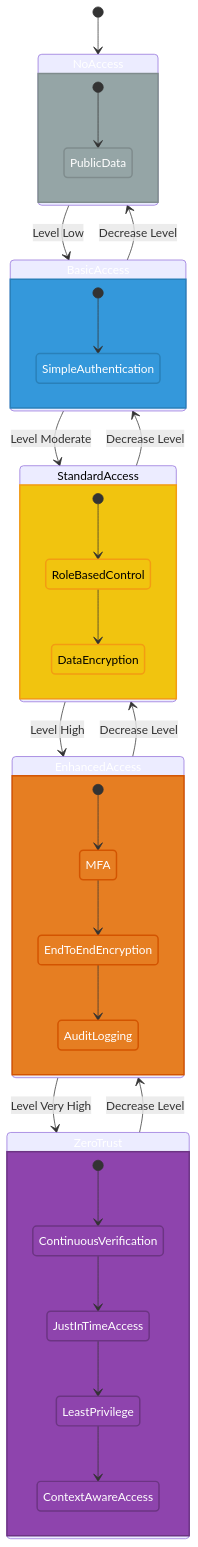
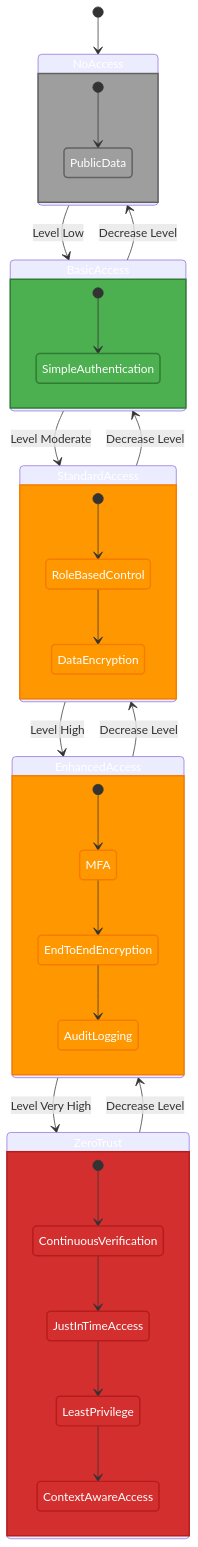
The seventh of 11 diagrams in docs/architecture/STATEDIAGRAM.md (step-security-bot/cia-compliance-manager), drawn with Mermaid before and after one commit. The commit also changed other lines of this file and 27 other files, not shown here.

First line of the commit message:
fix: resolve broken mermaid diagrams and improve color coding to match ISMS style guide (#1106)

````diff
--- a/docs/architecture/STATEDIAGRAM.md
+++ b/docs/architecture/STATEDIAGRAM.md
@@ -654,52 +654,52 @@
 ```mermaid
 stateDiagram-v2
     [*] --> NoAccess
     
     NoAccess --> BasicAccess: Level Low
     BasicAccess --> StandardAccess: Level Moderate
     StandardAccess --> EnhancedAccess: Level High
     EnhancedAccess --> ZeroTrust: Level Very High
     
     ZeroTrust --> EnhancedAccess: Decrease Level
     EnhancedAccess --> StandardAccess: Decrease Level
     StandardAccess --> BasicAccess: Decrease Level
     BasicAccess --> NoAccess: Decrease Level
     
     state NoAccess {
         [*] --> PublicData
     }
     
     state BasicAccess {
         [*] --> SimpleAuthentication
     }
     
     state StandardAccess {
         [*] --> RoleBasedControl
         RoleBasedControl --> DataEncryption
     }
     
     state EnhancedAccess {
         [*] --> MFA
         MFA --> EndToEndEncryption
         EndToEndEncryption --> AuditLogging
     }
     
     state ZeroTrust {
         [*] --> ContinuousVerification
         ContinuousVerification --> JustInTimeAccess
         JustInTimeAccess --> LeastPrivilege
         LeastPrivilege --> ContextAwareAccess
     }
     
-    classDef none fill:#95a5a6,stroke:#7f8c8d,stroke-width:2px,color:white
-    classDef low fill:#3498db,stroke:#2980b9,stroke-width:2px,color:white
-    classDef moderate fill:#f1c40f,stroke:#f39c12,stroke-width:2px,color:black
-    classDef high fill:#e67e22,stroke:#d35400,stroke-width:2px,color:white
-    classDef veryhigh fill:#8e44ad,stroke:#6c3483,stroke-width:2px,color:white
+    classDef none fill:#9E9E9E,stroke:#616161,stroke-width:2px,color:#ffffff
+    classDef low fill:#4CAF50,stroke:#2E7D32,stroke-width:2px,color:#ffffff
+    classDef moderate fill:#FF9800,stroke:#F57C00,stroke-width:2px,color:#ffffff
+    classDef high fill:#FF9800,stroke:#F57C00,stroke-width:2px,color:#ffffff
+    classDef veryhigh fill:#D32F2F,stroke:#B71C1C,stroke-width:2px,color:#ffffff
     
     class NoAccess,PublicData none
     class BasicAccess,SimpleAuthentication low
     class StandardAccess,RoleBasedControl,DataEncryption moderate
     class EnhancedAccess,MFA,EndToEndEncryption,AuditLogging high
     class ZeroTrust,ContinuousVerification,JustInTimeAccess,LeastPrivilege,ContextAwareAccess veryhigh
 ```
````
